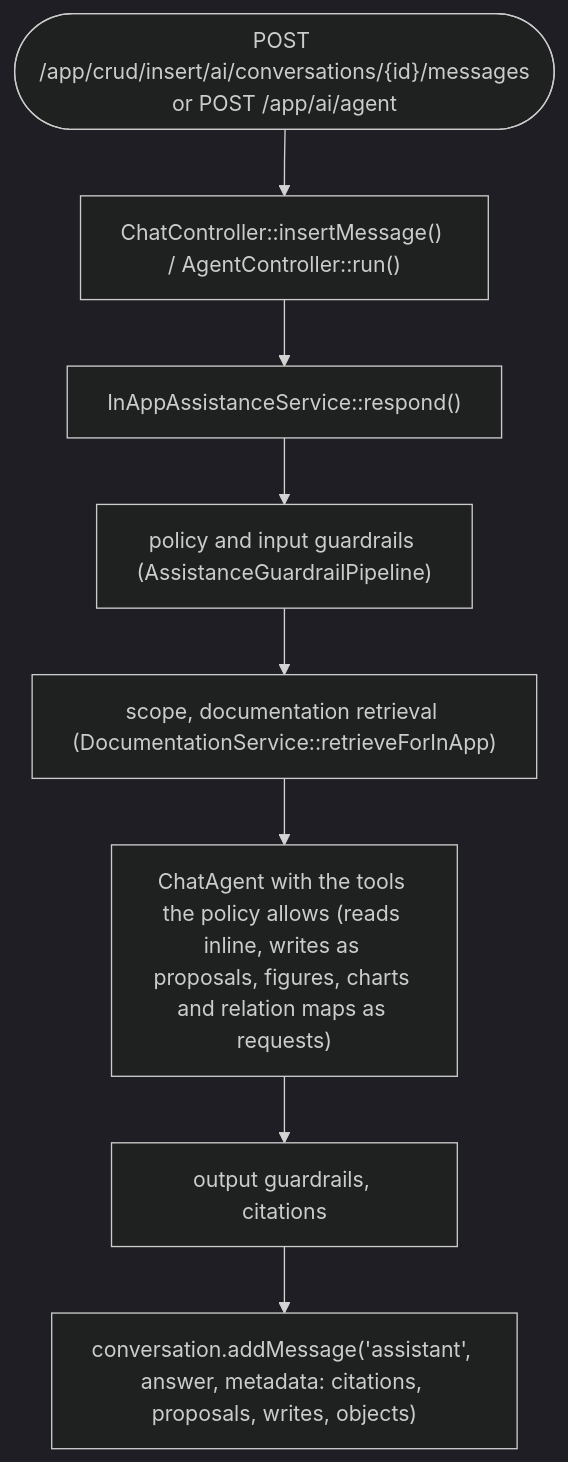
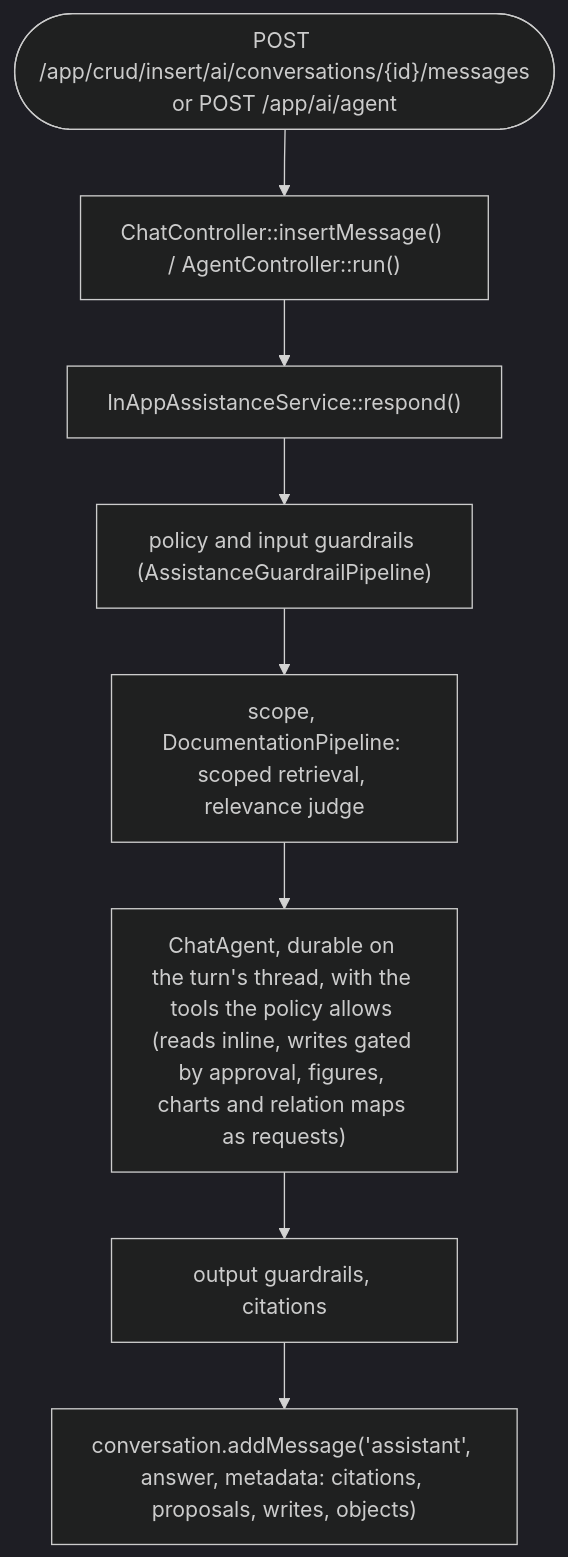
Before and after one commit to getlaraplate/laraai: the second of 7 diagrams in docs/ARCHITECTURE.md, drawn with Mermaid (dark theme). The commit also changed other lines of this file and 46 other files, not shown here.

First line of the commit message:
feat(ai): assistant turns on Neuron workflows: cached instructions, shared RAG pipeline, durable runs with native write approval, tool search, documentation search tool, live evaluation

````diff
--- a/docs/ARCHITECTURE.md
+++ b/docs/ARCHITECTURE.md
@@ -64,12 +85,12 @@
 ```mermaid
 flowchart TD
     request(["POST /app/crud/insert/ai/conversations/{id}/messages<br/>or POST /app/ai/agent"])
     controller["ChatController::insertMessage() / AgentController::run()"]
     respond["InAppAssistanceService::respond()"]
     input["policy and input guardrails (AssistanceGuardrailPipeline)"]
-    retrieval["scope, documentation retrieval (DocumentationService::retrieveForInApp)"]
-    agent["ChatAgent with the tools the policy allows (reads inline, writes as proposals, figures, charts and relation maps as requests)"]
+    retrieval["scope, DocumentationPipeline: scoped retrieval, relevance judge"]
+    agent["ChatAgent, durable on the turn's thread, with the tools the policy allows (reads inline, writes gated by approval, figures, charts and relation maps as requests)"]
     output["output guardrails, citations"]
     store["conversation.addMessage('assistant', answer, metadata: citations, proposals, writes, objects)"]
     request --> controller --> respond --> input --> retrieval --> agent --> output --> store
 ```
````
